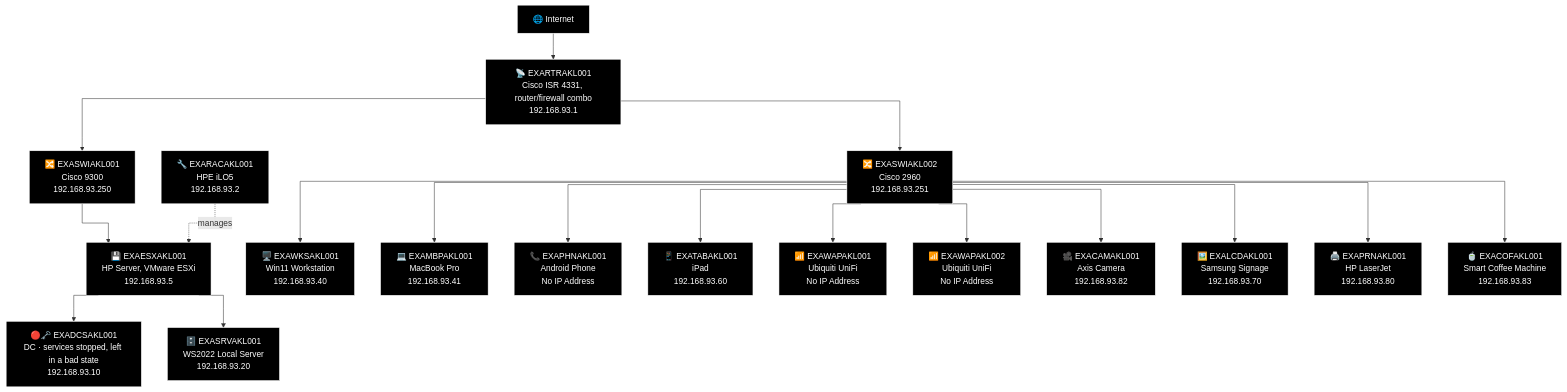
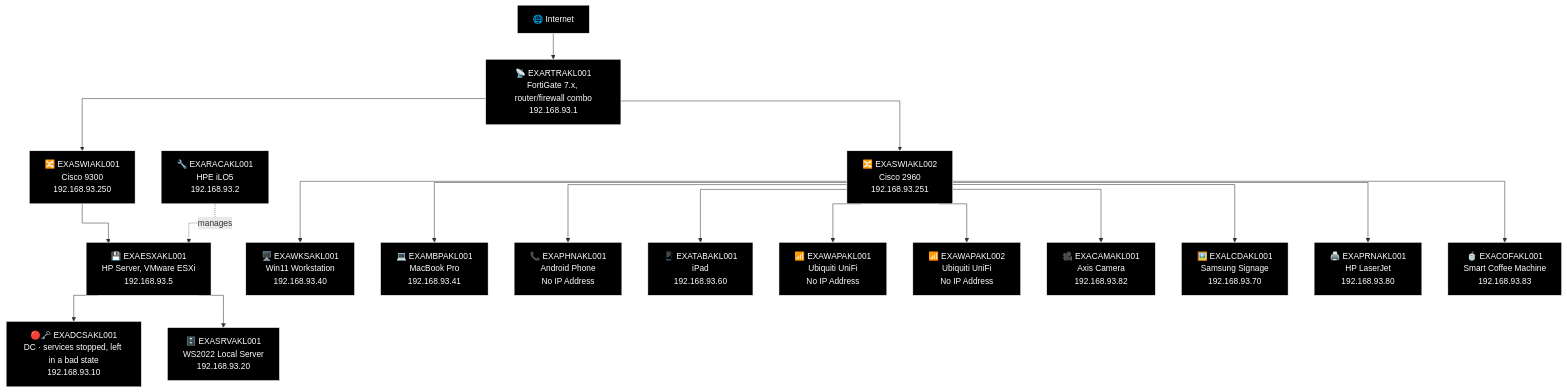
The first of 3 diagrams in docs/network-diagram/new-zealand.md (knightmare2600/example_music_infra), drawn with Mermaid before and after one commit. The commit also changed 5 other files, not shown here.

````diff
--- a/docs/network-diagram/new-zealand.md
+++ b/docs/network-diagram/new-zealand.md
@@ -29,60 +29,60 @@
 ```mermaid
 %%{init: {'flowchart': {'curve': 'stepAfter'}}}%%
 graph TD
     O_INET["🌐 Internet"]
-    O_RTR["📡 EXARTRAKL001<br/>Cisco ISR 4331, router/firewall combo<br/>192.168.93.1"]
+    O_RTR["📡 EXARTRAKL001<br/>FortiGate 7.x, router/firewall combo<br/>192.168.93.1"]
     O_INET --> O_RTR
     O_SW1["🔀 EXASWIAKL001<br/>Cisco 9300<br/>192.168.93.250"]
     O_SW2["🔀 EXASWIAKL002<br/>Cisco 2960<br/>192.168.93.251"]
     O_RTR --> O_SW1
     O_RTR --> O_SW2
 
     O_RAC["🔧 EXARACAKL001<br/>HPE iLO5<br/>192.168.93.2"]
     O_ESX["💾 EXAESXAKL001<br/>HP Server, VMware ESXi<br/>192.168.93.5"]
     O_DC["🔴🗝️ EXADCSAKL001<br/>DC · services stopped, left in a bad state<br/>192.168.93.10"]
     O_SRV["🗄️ EXASRVAKL001<br/>WS2022 Local Server<br/>192.168.93.20"]
     O_SW1 --> O_ESX
     O_RAC -.->|"manages"| O_ESX
     O_ESX --> O_DC
     O_ESX --> O_SRV
 
     O_WKS["🖥️ EXAWKSAKL001<br/>Win11 Workstation<br/>192.168.93.40"]
     O_MBP["💻 EXAMBPAKL001<br/>MacBook Pro<br/>192.168.93.41"]
     O_PHN["📞 EXAPHNAKL001<br/>Android Phone<br/>No IP Address"]
     O_TAB["📱 EXATABAKL001<br/>iPad<br/>192.168.93.60"]
     O_WAP1["📶 EXAWAPAKL001<br/>Ubiquiti UniFi<br/>No IP Address"]
     O_WAP2["📶 EXAWAPAKL002<br/>Ubiquiti UniFi<br/>No IP Address"]
     O_CAM["🎥 EXACAMAKL001<br/>Axis Camera<br/>192.168.93.82"]
     O_LCD["🖼️ EXALCDAKL001<br/>Samsung Signage<br/>192.168.93.70"]
     O_PRN["🖨️ EXAPRNAKL001<br/>HP LaserJet<br/>192.168.93.80"]
     O_COF["🍵 EXACOFAKL001<br/>Smart Coffee Machine<br/>192.168.93.83"]
     O_SW2 --> O_WKS
     O_SW2 --> O_MBP
     O_SW2 --> O_PHN
     O_SW2 --> O_TAB
     O_SW2 --> O_WAP1
     O_SW2 --> O_WAP2
     O_SW2 --> O_CAM
     O_SW2 --> O_LCD
     O_SW2 --> O_PRN
     O_SW2 --> O_COF
 
     style O_INET fill:#000000,stroke:#FFFFFF,color:#FFFFFF
     style O_RTR fill:#000000,stroke:#FFFFFF,color:#FFFFFF
     style O_SW1 fill:#000000,stroke:#FFFFFF,color:#FFFFFF
     style O_SW2 fill:#000000,stroke:#FFFFFF,color:#FFFFFF
     style O_RAC fill:#000000,stroke:#FFFFFF,color:#FFFFFF
     style O_ESX fill:#000000,stroke:#FFFFFF,color:#FFFFFF
     style O_DC fill:#000000,stroke:#FFFFFF,color:#FFFFFF
     style O_SRV fill:#000000,stroke:#FFFFFF,color:#FFFFFF
     style O_WKS fill:#000000,stroke:#FFFFFF,color:#FFFFFF
     style O_MBP fill:#000000,stroke:#FFFFFF,color:#FFFFFF
     style O_PHN fill:#000000,stroke:#FFFFFF,color:#FFFFFF
     style O_TAB fill:#000000,stroke:#FFFFFF,color:#FFFFFF
     style O_WAP1 fill:#000000,stroke:#FFFFFF,color:#FFFFFF
     style O_WAP2 fill:#000000,stroke:#FFFFFF,color:#FFFFFF
     style O_CAM fill:#000000,stroke:#FFFFFF,color:#FFFFFF
     style O_LCD fill:#000000,stroke:#FFFFFF,color:#FFFFFF
     style O_PRN fill:#000000,stroke:#FFFFFF,color:#FFFFFF
     style O_COF fill:#000000,stroke:#FFFFFF,color:#FFFFFF
 ```
````
